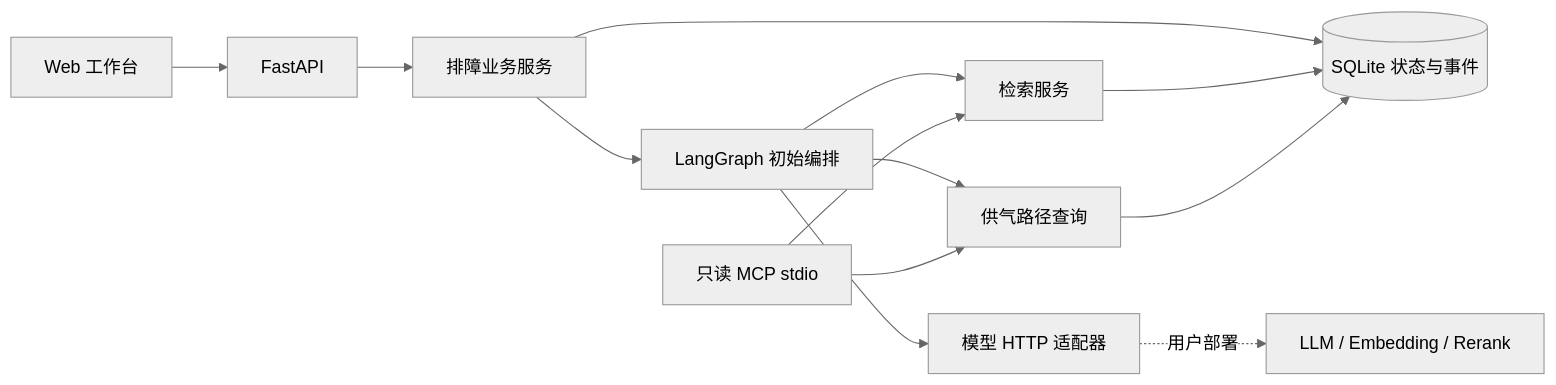
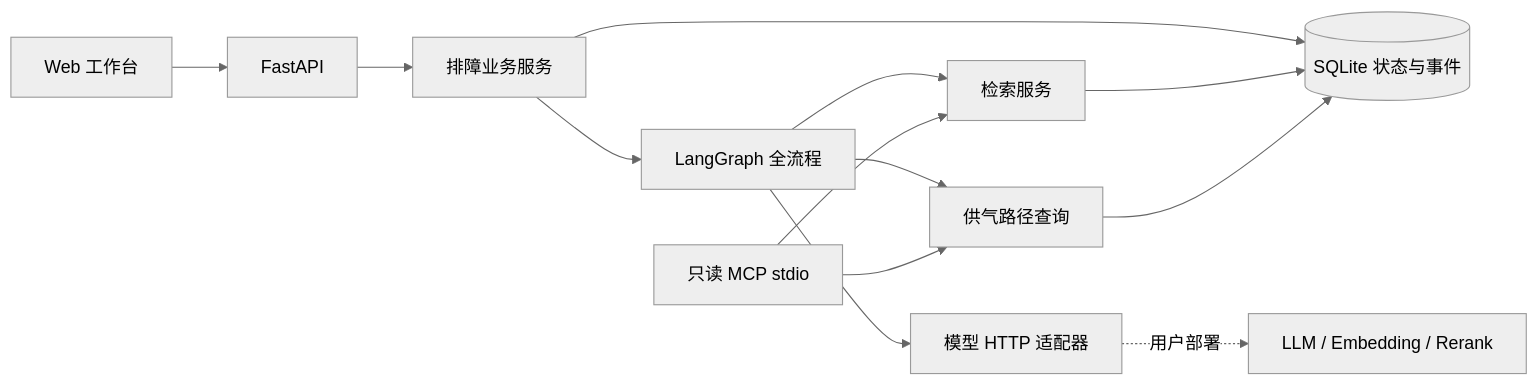
One commit to chunchun-zhu/traceops-ai changed the diagram in docs/core/02-方案设计.md. Above: the diagram before and after it, drawn with Mermaid (neutral theme). The commit also changed other lines of this file and 23 other files, not shown here.

````diff
--- a/docs/core/02-方案设计.md
+++ b/docs/core/02-方案设计.md
@@ -13,15 +14,15 @@
 ```mermaid
 flowchart LR
   UI[Web 工作台] --> API[FastAPI]
   API --> W[排障业务服务]
-  W --> G[LangGraph 初始编排]
+  W --> G[LangGraph 全流程]
   G --> R[检索服务]
   G --> T[供气路径查询]
   G --> M[模型 HTTP 适配器]
   W --> S[(SQLite 状态与事件)]
   R --> S
   T --> S
   MCP[只读 MCP stdio] --> R
   MCP --> T
   M -. 用户部署 .-> Q[LLM / Embedding / Rerank]
 ```
````
